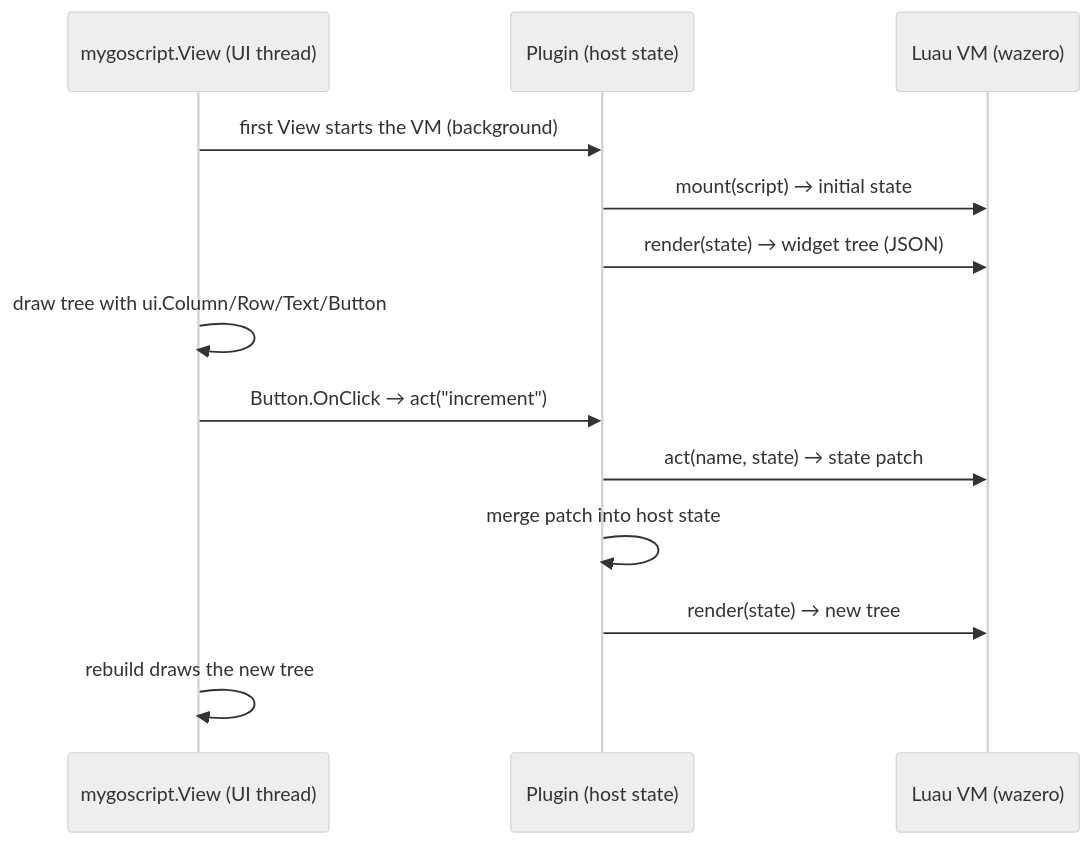
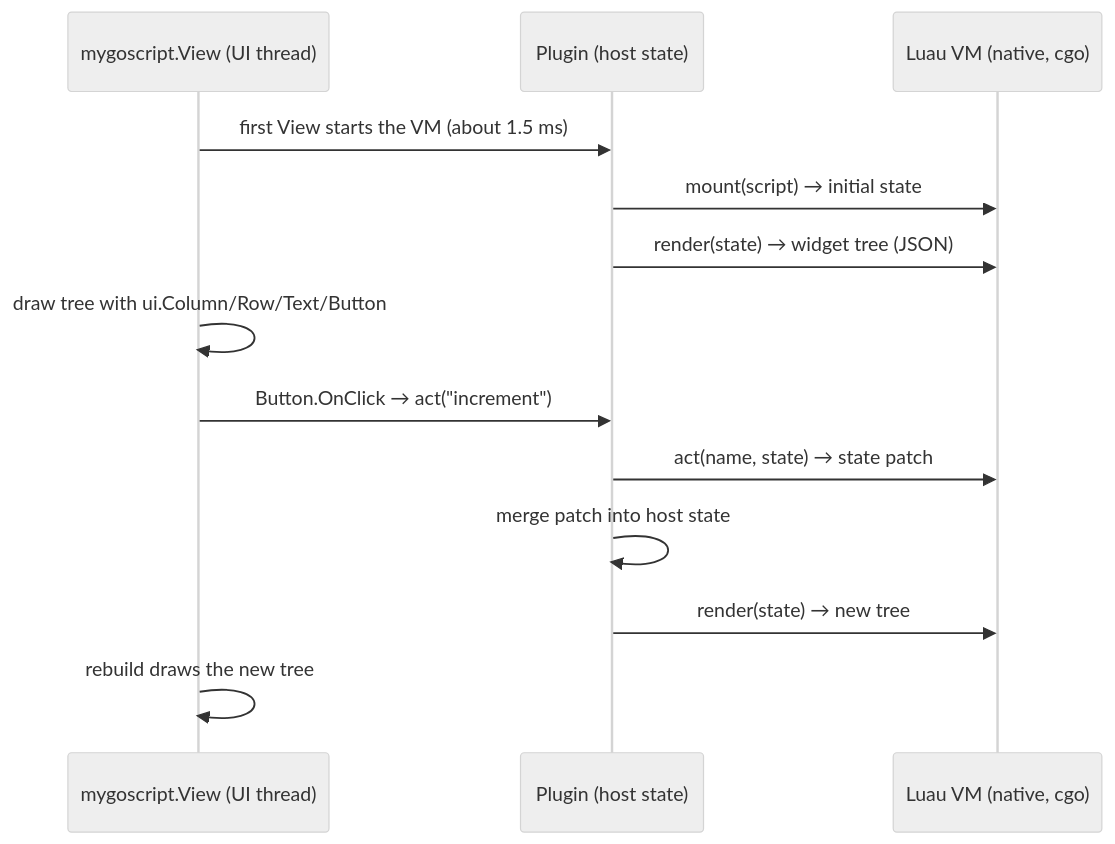
The diagram in mygoscript/DESIGN.md (bigx333/glitched), drawn with Mermaid (neutral theme) before and after one commit. The commit also changed other lines of this file and 206 other files, not shown here.

First line of the commit message:
refactor(mygoscript): link official Luau natively with cgo instead of wasm

````diff
--- a/mygoscript/DESIGN.md
+++ b/mygoscript/DESIGN.md
@@ -7,15 +7,15 @@
 ```mermaid
 sequenceDiagram
     participant V as mygoscript.View (UI thread)
     participant P as Plugin (host state)
-    participant L as Luau VM (wazero)
-    V->>P: first View starts the VM (background)
+    participant L as Luau VM (native, cgo)
+    V->>P: first View starts the VM (about 1.5 ms)
     P->>L: mount(script) → initial state
     P->>L: render(state) → widget tree (JSON)
     V->>V: draw tree with ui.Column/Row/Text/Button
     V->>P: Button.OnClick → act("increment")
     P->>L: act(name, state) → state patch
     P->>P: merge patch into host state
     P->>L: render(state) → new tree
     V->>V: rebuild draws the new tree
 ```
````
